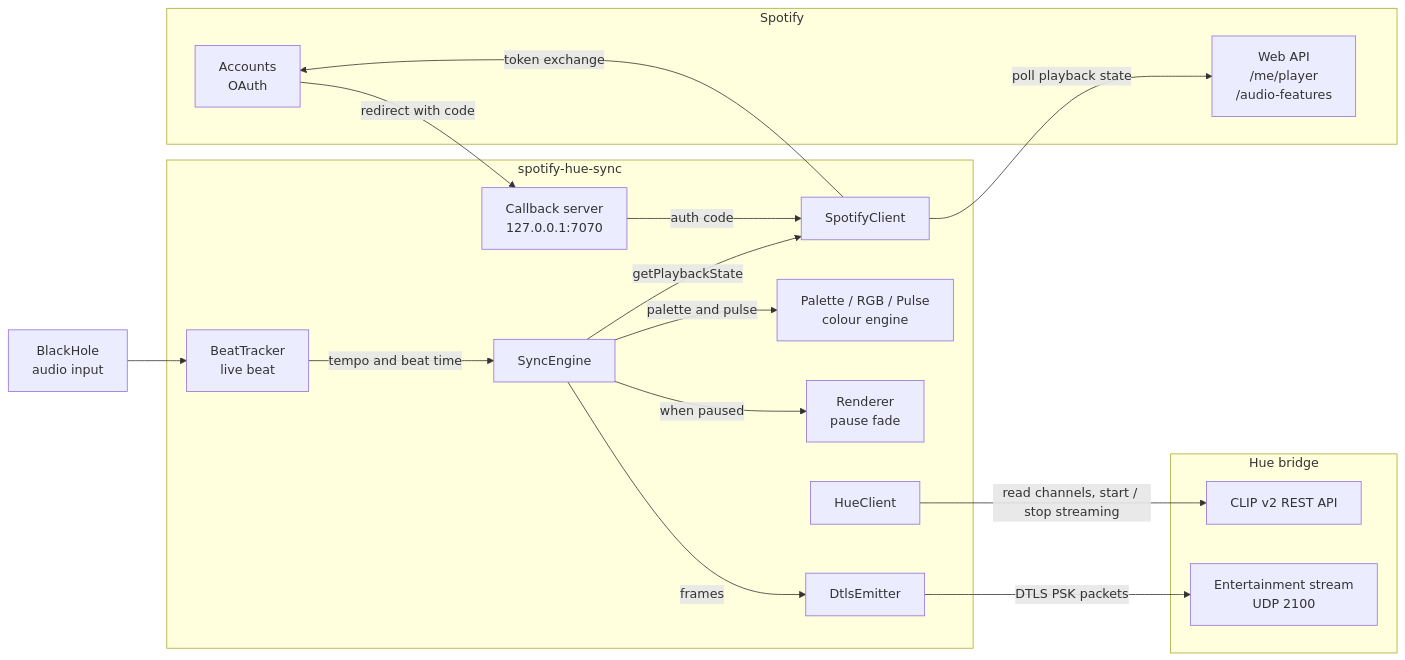
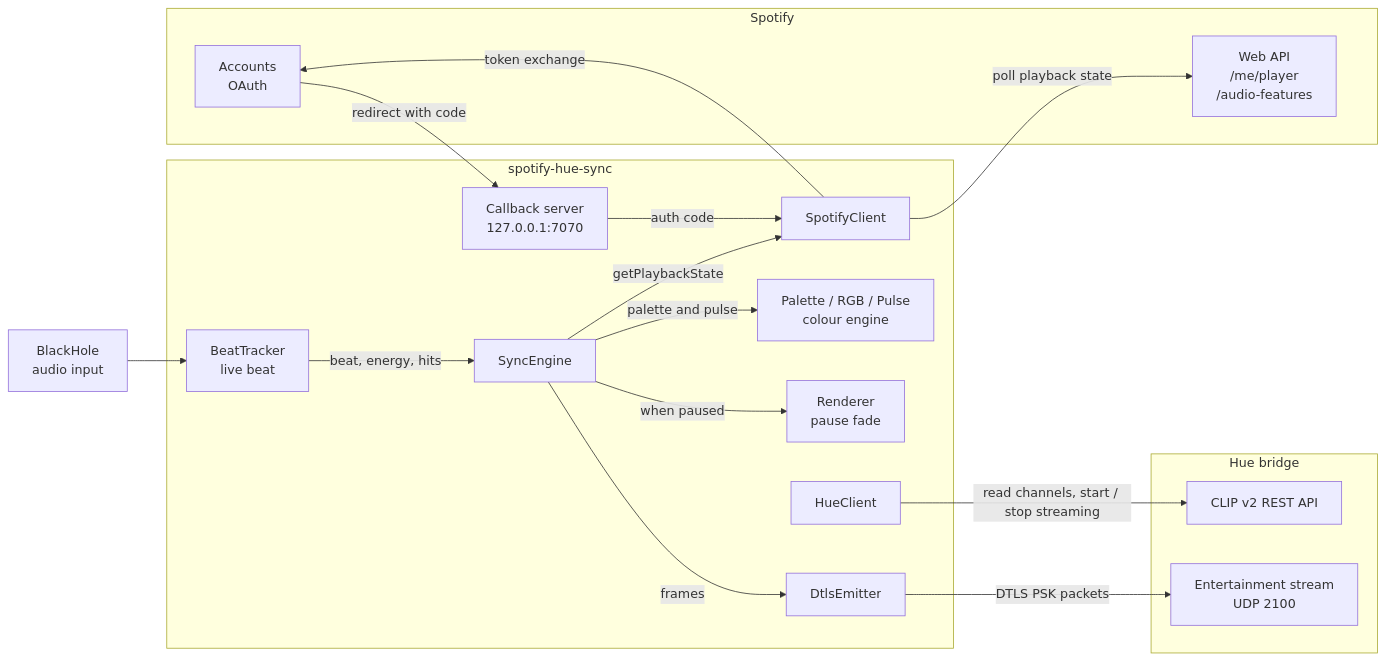
Before and after one commit to LorenzoPrinsloo/spotify-hue-sync: the first of 3 diagrams in docs/architecture.md, drawn with Mermaid. The commit also changed other lines of this file and 17 other files, not shown here.

First line of the commit message:
React to the music: energy, big hits, treble and a held beat

````diff
--- a/docs/architecture.md
+++ b/docs/architecture.md
@@ -7,36 +7,36 @@
 ```mermaid
 flowchart LR
     subgraph Spotify
         API[Web API<br/>/me/player<br/>/audio-features]
         ACC[Accounts<br/>OAuth]
     end
 
     subgraph App[spotify-hue-sync]
         CB[Callback server<br/>127.0.0.1:7070]
         SC[SpotifyClient]
         SE[SyncEngine]
         PAL[Palette / RGB / Pulse<br/>colour engine]
         REN[Renderer<br/>pause fade]
         BT[BeatTracker<br/>live beat]
         HC[HueClient]
         DE[DtlsEmitter]
     end
 
     subgraph Hue[Hue bridge]
         CLIP[CLIP v2 REST API]
         ENT[Entertainment stream<br/>UDP 2100]
     end
 
     ACC -- redirect with code --> CB
     CB -- auth code --> SC
     SC -- token exchange --> ACC
     SC -- poll playback state --> API
     SE -- getPlaybackState --> SC
     SE -- palette and pulse --> PAL
     SE -- when paused --> REN
     BH[BlackHole<br/>audio input] --> BT
-    BT -- tempo and beat time --> SE
+    BT -- beat, energy, hits --> SE
     SE -- frames --> DE
     HC -- read channels, start / stop streaming --> CLIP
     DE -- DTLS PSK packets --> ENT
 ```
````
